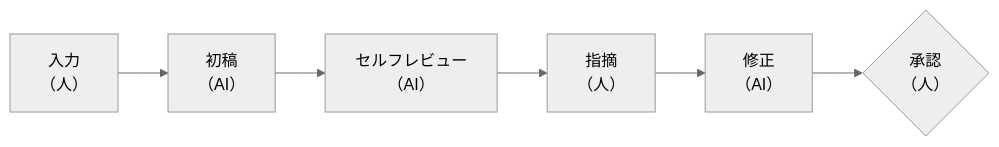
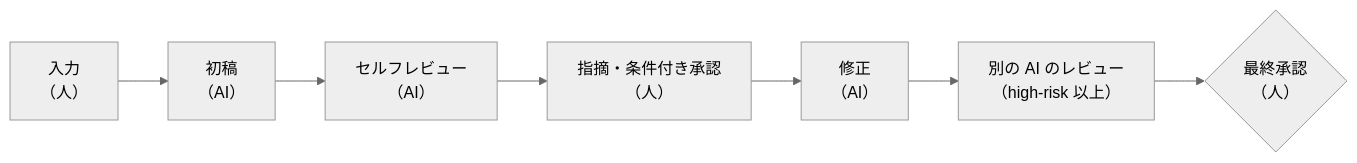
One commit to s977043/my-blog changed the diagram in books/plangate-guide/08_plan-review.md. Above: the diagram before and after it, drawn with Mermaid (neutral theme). The commit also changed other lines of this file and 10 other files, not shown here.

````diff
--- a/books/plangate-guide/08_plan-review.md
+++ b/books/plangate-guide/08_plan-review.md
@@ -17,8 +17,8 @@
 ```mermaid
 flowchart LR
     A["入力<br/>（人）"] --> B["初稿<br/>（AI）"]
     B --> C["セルフレビュー<br/>（AI）"]
-    C --> D["指摘<br/>（人）"]
+    C --> D["指摘・条件付き承認<br/>（人）"]
     D --> E["修正<br/>（AI）"]
-    E --> F{"承認<br/>（人）"}
+    E --> G["別の AI のレビュー<br/>（high-risk 以上）"] --> F{"最終承認<br/>（人）"}
 ```
````
